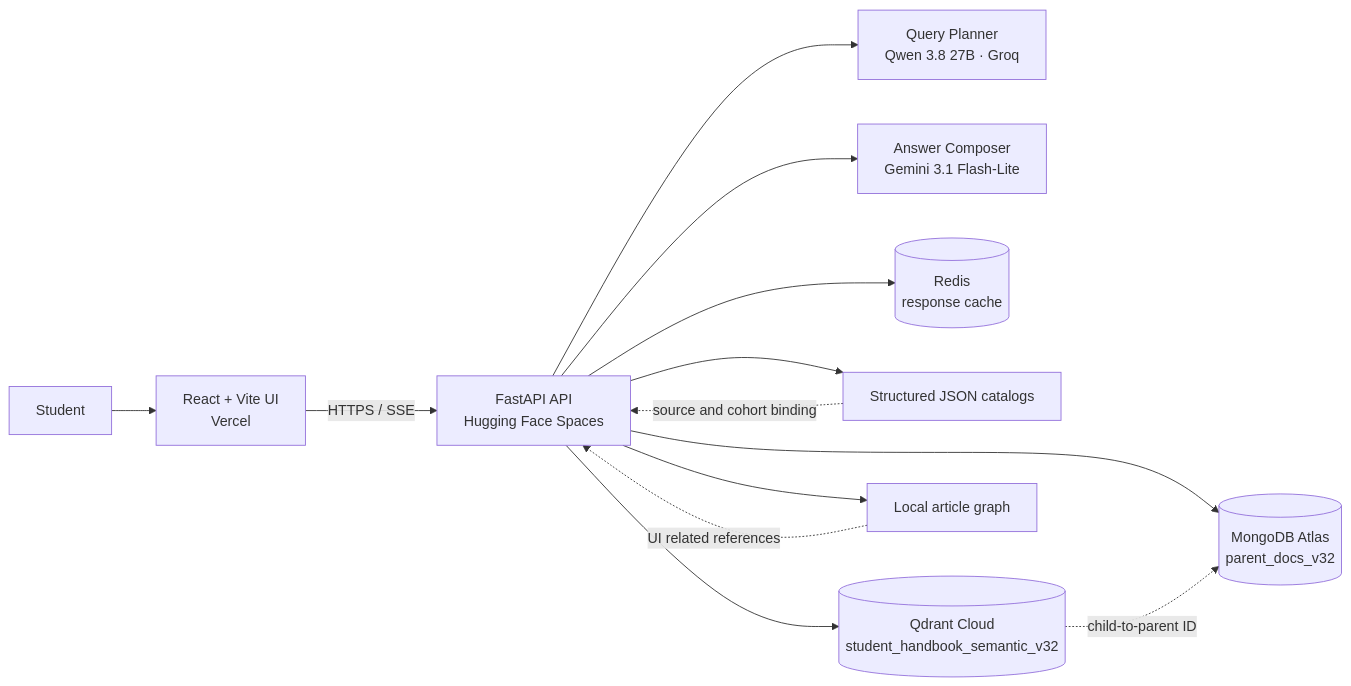
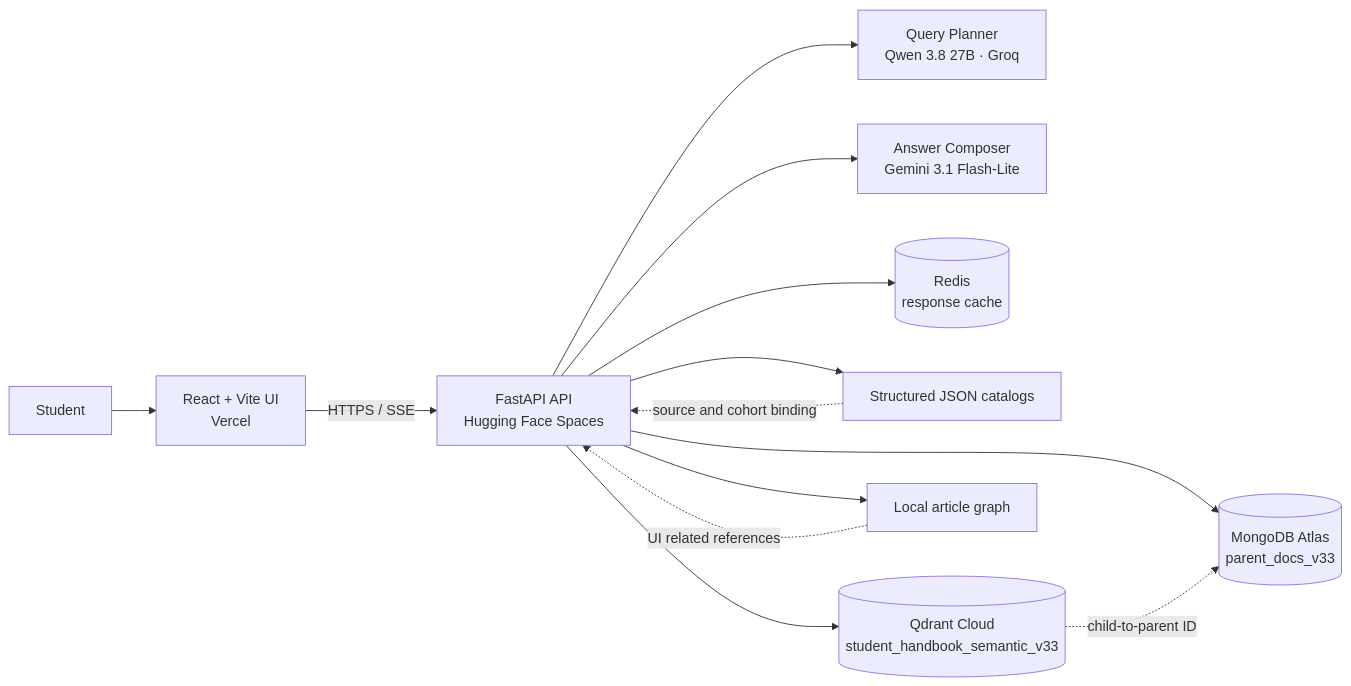
The first of 3 diagrams in README.md (AnhPhiNe/student-handbook-rag-chatbot), drawn with Mermaid before and after one commit. The commit also changed other lines of this file and 2 other files, not shown here.

````diff
--- a/README.md
+++ b/README.md
@@ -83,18 +86,18 @@
 ```mermaid
 flowchart LR
     Student["Student"] --> UI["React + Vite UI<br/>Vercel"]
     UI -->|"HTTPS / SSE"| API["FastAPI API<br/>Hugging Face Spaces"]
 
     API --> Planner["Query Planner<br/>Qwen 3.8 27B · Groq"]
     API --> Composer["Answer Composer<br/>Gemini 3.1 Flash-Lite"]
     API --> Cache[("Redis<br/>response cache")]
 
     API --> Structured["Structured JSON catalogs"]
-    API --> Qdrant[("Qdrant Cloud<br/>student_handbook_semantic_v32")]
-    API --> Mongo[("MongoDB Atlas<br/>parent_docs_v32")]
+    API --> Qdrant[("Qdrant Cloud<br/>student_handbook_semantic_v33")]
+    API --> Mongo[("MongoDB Atlas<br/>parent_docs_v33")]
     API --> Graph["Local article graph"]
 
     Qdrant -. child-to-parent ID .-> Mongo
     Structured -. source and cohort binding .-> API
     Graph -. UI related references .-> API
 ```
````
